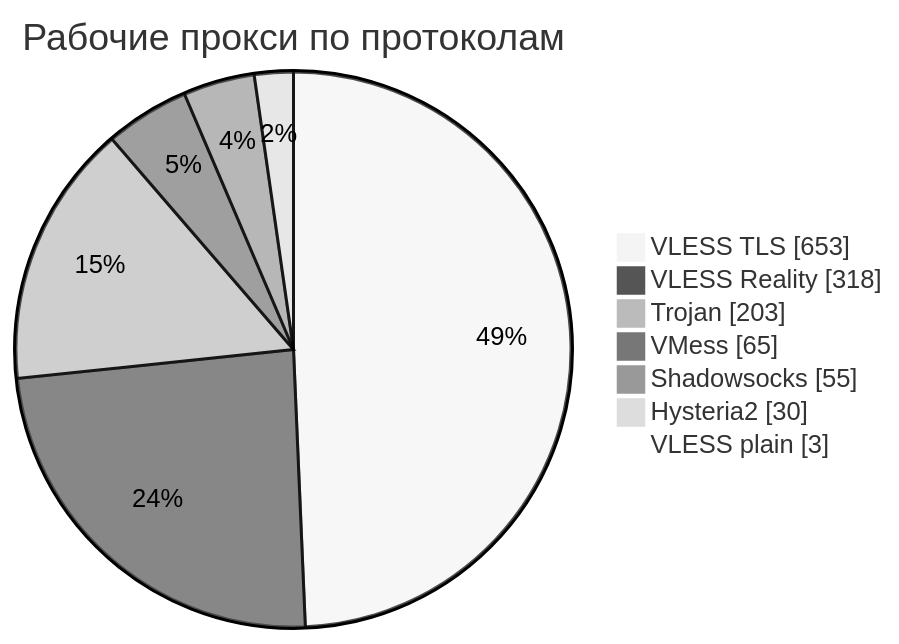
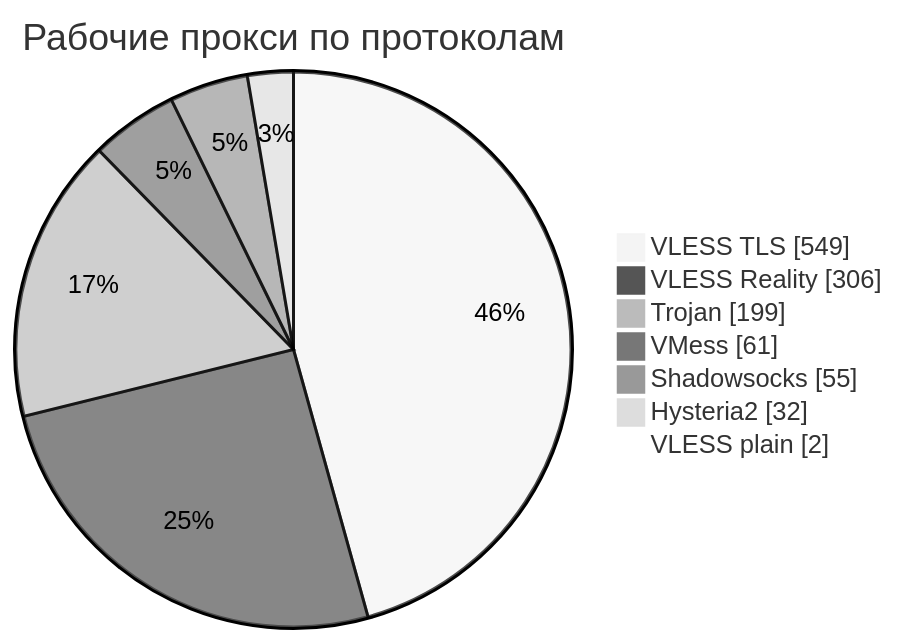
Before and after one commit to rvvg/proxy-subs: the third of 4 diagrams in README.md, drawn with Mermaid (neutral theme). The commit also changed other lines of this file and 52 other files, not shown here.

````diff
--- a/README.md
+++ b/README.md
@@ -142,11 +138,11 @@
 ```mermaid
 pie showData
     title Рабочие прокси по протоколам
-    "VLESS TLS" : 653
-    "VLESS Reality" : 318
-    "Trojan" : 203
-    "VMess" : 65
+    "VLESS TLS" : 549
+    "VLESS Reality" : 306
+    "Trojan" : 199
+    "VMess" : 61
     "Shadowsocks" : 55
-    "Hysteria2" : 30
-    "VLESS plain" : 3
+    "Hysteria2" : 32
+    "VLESS plain" : 2
 ```
````
